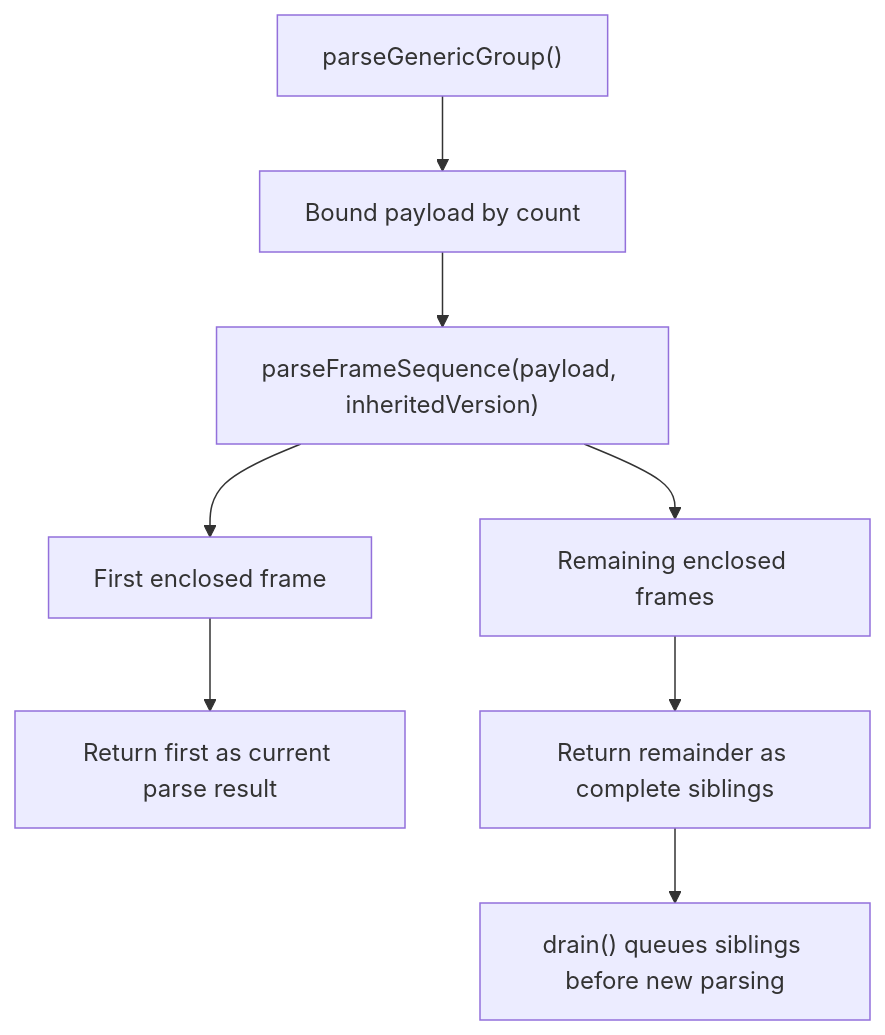
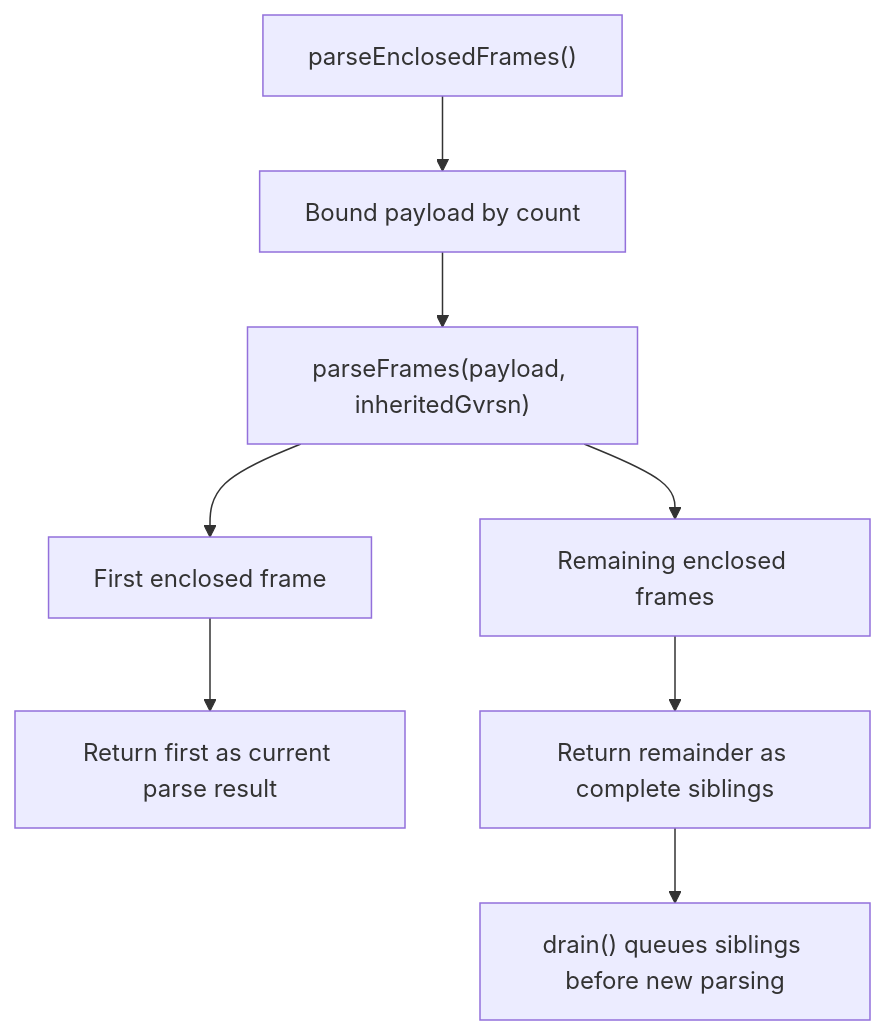
One commit to kentbull/keri-ts changed the fourth of 7 diagrams in docs/design-docs/cesr/CESR_ATOMIC_BOUNDED_PARSER_ARCHITECTURE.md. Above: the diagram before and after it, drawn with Mermaid. The commit also changed other lines of this file and 6 other files, not shown here.

````diff
--- a/docs/design-docs/cesr/CESR_ATOMIC_BOUNDED_PARSER_ARCHITECTURE.md
+++ b/docs/design-docs/cesr/CESR_ATOMIC_BOUNDED_PARSER_ARCHITECTURE.md
@@ -100,10 +100,10 @@
 ```mermaid
 flowchart TD
-    A["parseGenericGroup()"] --> B["Bound payload by count"]
-    B --> C["parseFrameSequence(payload, inheritedVersion)"]
+    A["parseEnclosedFrames()"] --> B["Bound payload by count"]
+    B --> C["parseFrames(payload, inheritedGvrsn)"]
     C --> D["First enclosed frame"]
     C --> E["Remaining enclosed frames"]
     D --> F["Return first as current parse result"]
     E --> G["Return remainder as complete siblings"]
     G --> H["drain() queues siblings before new parsing"]
 ```
````
